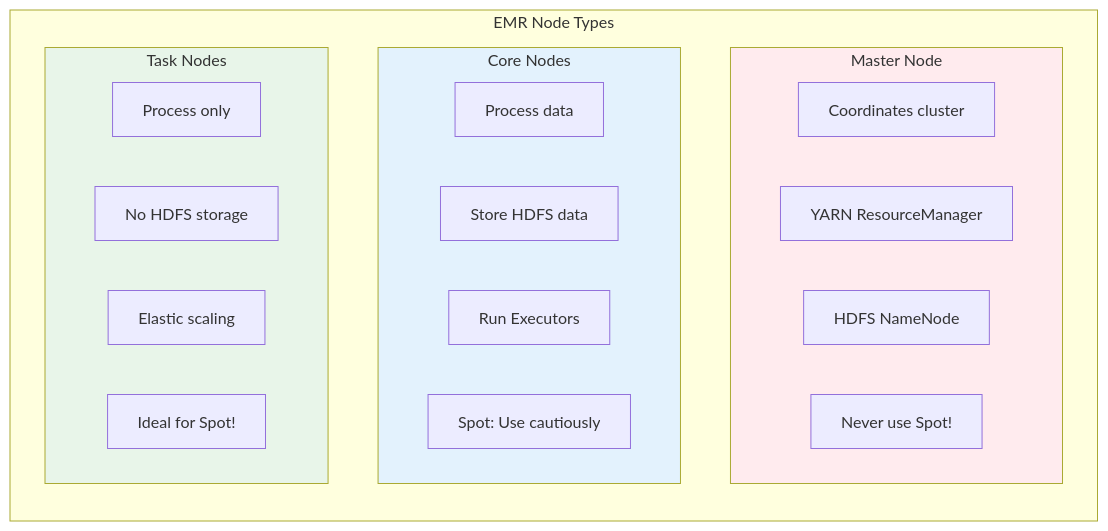
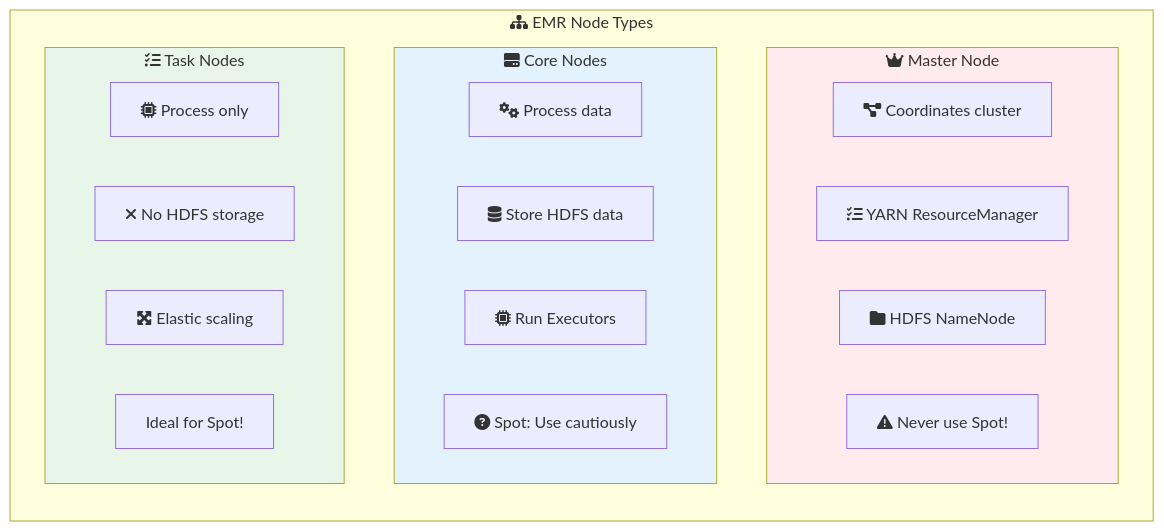
The second of 3 diagrams in aws-ml-associate-prep/14-emr-spark-ml/LAB.md (vinu76jsr/aws-sample-projects), drawn with Mermaid before and after one commit. The commit also changed other lines of this file and 15 other files, not shown here.

First line of the commit message:
Add Font Awesome icons to all Mermaid diagrams

````diff
--- a/aws-ml-associate-prep/14-emr-spark-ml/LAB.md
+++ b/aws-ml-associate-prep/14-emr-spark-ml/LAB.md
@@ -55,29 +55,29 @@
 ```mermaid
 flowchart LR
-    subgraph NodeTypes["EMR Node Types"]
-        subgraph Master["Master Node"]
-            M1[Coordinates cluster]
-            M2[YARN ResourceManager]
-            M3[HDFS NameNode]
-            M4[Never use Spot!]
+    subgraph NodeTypes["fa:fa-sitemap EMR Node Types"]
+        subgraph Master["fa:fa-crown Master Node"]
+            M1[fa:fa-project-diagram Coordinates cluster]
+            M2[fa:fa-tasks YARN ResourceManager]
+            M3[fa:fa-folder HDFS NameNode]
+            M4[fa:fa-exclamation-triangle Never use Spot!]
         end
 
-        subgraph Core["Core Nodes"]
-            C1[Process data]
-            C2[Store HDFS data]
-            C3[Run Executors]
-            C4[Spot: Use cautiously]
+        subgraph Core["fa:fa-hdd Core Nodes"]
+            C1[fa:fa-cogs Process data]
+            C2[fa:fa-database Store HDFS data]
+            C3[fa:fa-microchip Run Executors]
+            C4[fa:fa-question-circle Spot: Use cautiously]
         end
 
-        subgraph Task["Task Nodes"]
-            T1[Process only]
-            T2[No HDFS storage]
-            T3[Elastic scaling]
+        subgraph Task["fa:fa-tasks Task Nodes"]
+            T1[fa:fa-microchip Process only]
+            T2[fa:fa-times No HDFS storage]
+            T3[fa:fa-expand-arrows-alt Elastic scaling]
             T4[Ideal for Spot!]
         end
     end
 
     style Master fill:#ffebee
     style Core fill:#e3f2fd
     style Task fill:#e8f5e9
 ```
````
